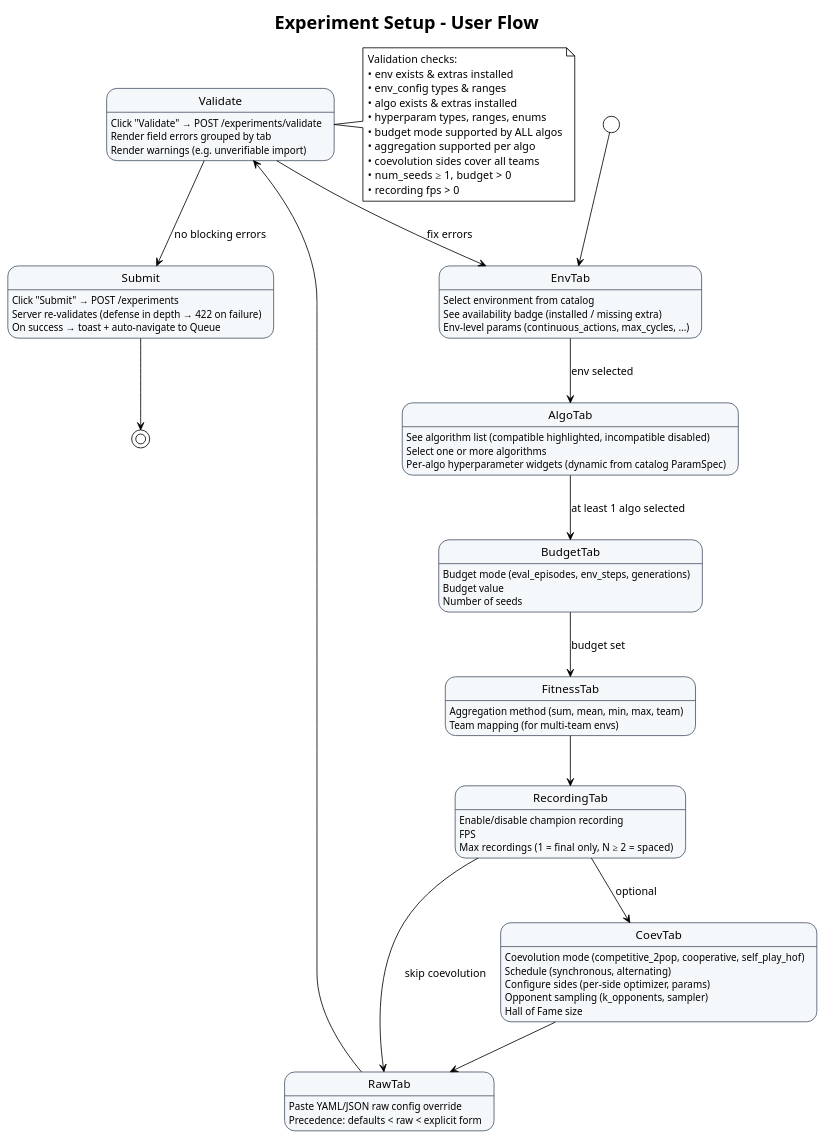
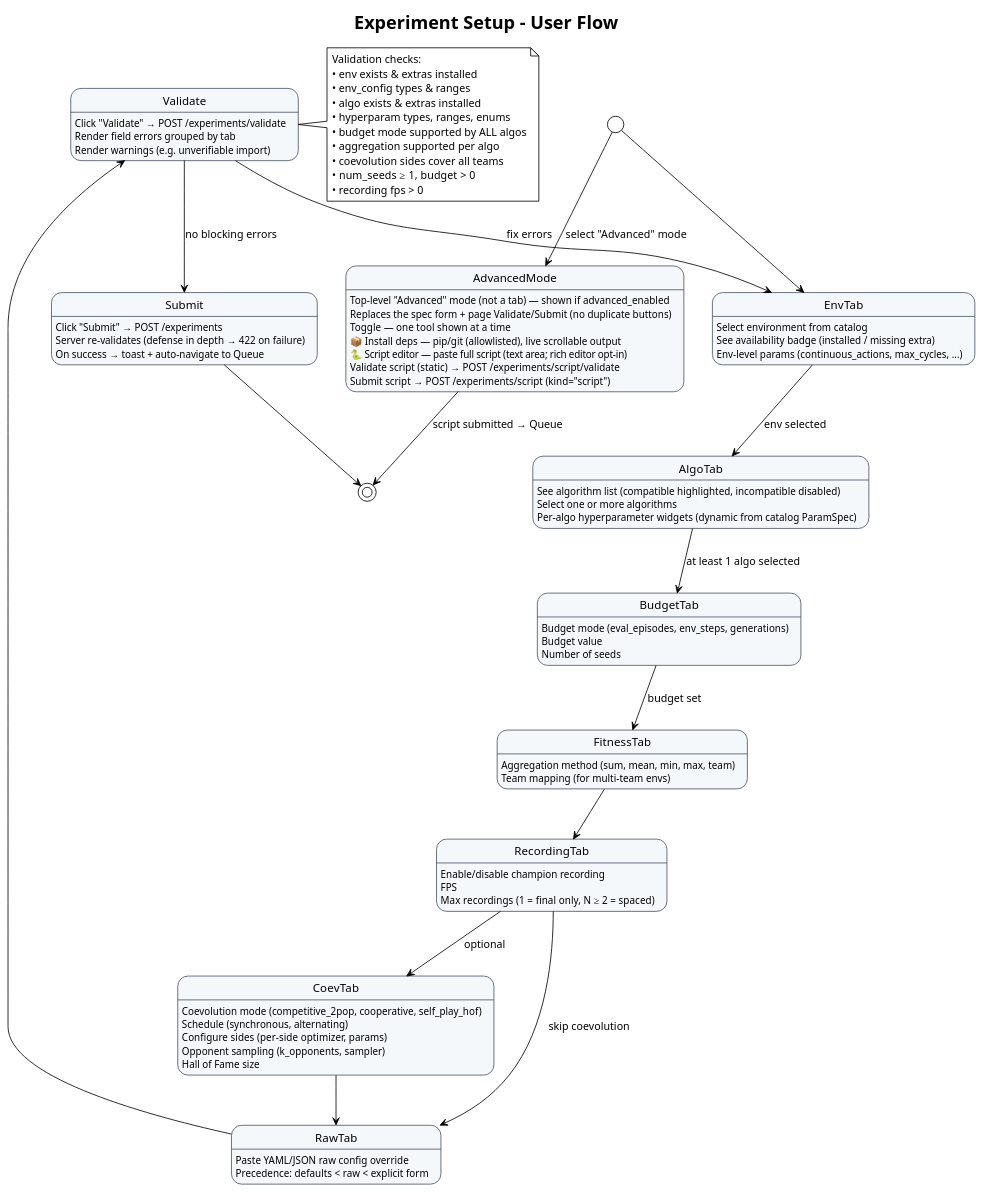
Before and after one commit to Alex180504/DEAP-Zoo-bridge: the diagram in docs/UML/user_flow_experiment_setup.puml, drawn with PlantUML. The commit also changed 25 other files, not shown here.

```diff
--- a/docs/UML/user_flow_experiment_setup.puml
+++ b/docs/UML/user_flow_experiment_setup.puml
@@ -1,99 +1,112 @@
 @startuml user_flow_experiment_setup
 !theme plain
 title Experiment Setup – User Flow
 
 skinparam state {
   BackgroundColor #F5F8FA
   BorderColor #4A5568
 }
 
 [*] --> EnvTab
 
 state EnvTab {
     EnvTab : Select environment from catalog
     EnvTab : See availability badge (installed / missing extra)
     EnvTab : Env-level params (continuous_actions, max_cycles, ...)
 }
 
 EnvTab --> AlgoTab : env selected
 
 state AlgoTab {
     AlgoTab : See algorithm list (compatible highlighted, incompatible disabled)
     AlgoTab : Select one or more algorithms
     AlgoTab : Per-algo hyperparameter widgets (dynamic from catalog ParamSpec)
 }
 
 AlgoTab --> BudgetTab : at least 1 algo selected
 
 state BudgetTab {
     BudgetTab : Budget mode (eval_episodes, env_steps, generations)
     BudgetTab : Budget value
     BudgetTab : Number of seeds
 }
 
 BudgetTab --> FitnessTab : budget set
 
 state FitnessTab {
     FitnessTab : Aggregation method (sum, mean, min, max, team)
     FitnessTab : Team mapping (for multi-team envs)
 }
 
 FitnessTab --> RecordingTab
 
 state RecordingTab {
     RecordingTab : Enable/disable champion recording
     RecordingTab : FPS
     RecordingTab : Max recordings (1 = final only, N ≥ 2 = spaced)
 }
 
 RecordingTab --> CoevTab : optional
 RecordingTab --> RawTab : skip coevolution
 
 state CoevTab {
     CoevTab : Coevolution mode (competitive_2pop, cooperative, self_play_hof)
     CoevTab : Schedule (synchronous, alternating)
     CoevTab : Configure sides (per-side optimizer, params)
     CoevTab : Opponent sampling (k_opponents, sampler)
     CoevTab : Hall of Fame size
 }
 
 CoevTab --> RawTab
 
 state RawTab {
     RawTab : Paste YAML/JSON raw config override
     RawTab : Precedence: defaults < raw < explicit form
 }
 
 RawTab --> Validate
 
+state AdvancedMode {
+    AdvancedMode : Top-level "Advanced" mode (not a tab) — shown if advanced_enabled
+    AdvancedMode : Replaces the spec form + page Validate/Submit (no duplicate buttons)
+    AdvancedMode : Toggle — one tool shown at a time
+    AdvancedMode : 📦 Install deps — pip/git (allowlisted), live scrollable output
+    AdvancedMode : 🐍 Script editor — paste full script (text area; rich editor opt-in)
+    AdvancedMode : Validate script (static) → POST /experiments/script/validate
+    AdvancedMode : Submit script → POST /experiments/script (kind="script")
+}
+
+[*] --> AdvancedMode : select "Advanced" mode
+AdvancedMode --> [*] : script submitted → Queue
+
 state Validate {
     Validate : Click "Validate" → POST /experiments/validate
     Validate : Render field errors grouped by tab
     Validate : Render warnings (e.g. unverifiable import)
 }
 
 Validate --> Submit : no blocking errors
 Validate --> EnvTab : fix errors
 
 state Submit {
     Submit : Click "Submit" → POST /experiments
     Submit : Server re-validates (defense in depth → 422 on failure)
     Submit : On success → toast + auto-navigate to Queue
 }
 
 Submit --> [*]
 
 note right of Validate
   Validation checks:
   • env exists & extras installed
   • env_config types & ranges
   • algo exists & extras installed
   • hyperparam types, ranges, enums
   • budget mode supported by ALL algos
   • aggregation supported per algo
   • coevolution sides cover all teams
   • num_seeds ≥ 1, budget > 0
   • recording fps > 0
 end note
 
 @enduml
```
